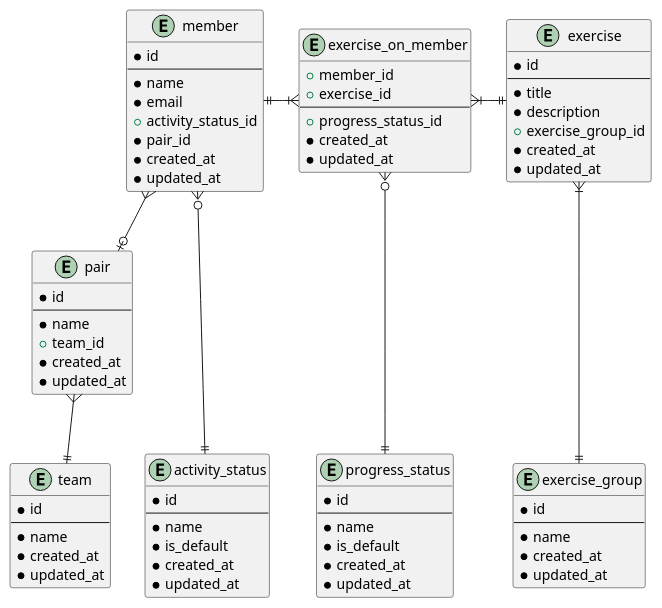
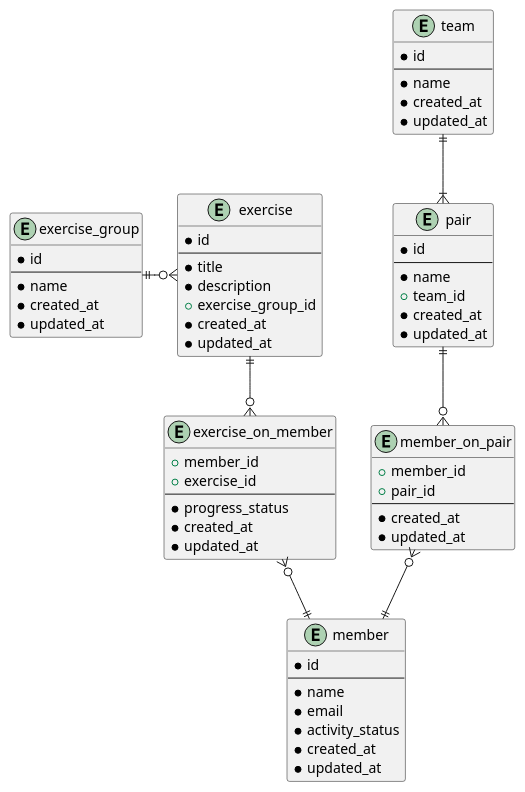
Before and after one commit to gn-t-k/PrAhaChallengeTasks: the diagram in 04_設計/04_プラハチャレンジをDDDで実装してみる/01_モデル図/ER図.md, drawn with PlantUML. The commit also changed 3 other files, not shown here.

````diff
--- a/04_設計/04_プラハチャレンジをDDDで実装してみる/01_モデル図/ER図.md
+++ b/04_設計/04_プラハチャレンジをDDDで実装してみる/01_モデル図/ER図.md
@@ -3,78 +3,68 @@
 ```plantuml
 @startuml
 
 Entity member {
   *id
   --
   *name
   *email
-  +activity_status_id
-  *pair_id
+  *activity_status
+  *created_at
+  *updated_at
+}
+Entity member_on_pair {
+  +member_id
+  +pair_id
+  --
   *created_at
   *updated_at
 }
 Entity pair {
   *id
   --
   *name
   +team_id
   *created_at
   *updated_at
 }
 Entity team {
   *id
   --
   *name
-  *created_at
-  *updated_at
-}
-Entity activity_status {
-  *id
-  --
-  *name
-  *is_default
   *created_at
   *updated_at
 }
 Entity exercise {
   *id
   --
   *title
   *description
   +exercise_group_id
   *created_at
   *updated_at
 }
 Entity exercise_group {
   *id
   --
   *name
   *created_at
   *updated_at
 }
-Entity progress_status {
-  *id
-  --
-  *name
-  *is_default
-  *created_at
-  *updated_at
-}
 Entity exercise_on_member {
   +member_id
   +exercise_id
   --
-  +progress_status_id
+  *progress_status
   *created_at
   *updated_at
 }
 
-member ||-|{ exercise_on_member
-exercise_on_member }|-|| exercise
-member }--o| pair
-member }o---|| activity_status
-exercise }|---|| exercise_group
-pair }--|| team
-exercise_on_member }o---|| progress_status
+team ||--|{ pair
+pair ||--o{ member_on_pair
+member_on_pair }o--|| member
+exercise_on_member }o--|| member 
+exercise ||--o{ exercise_on_member 
+exercise_group ||-o{ exercise
+
 @enduml
 ```
````
